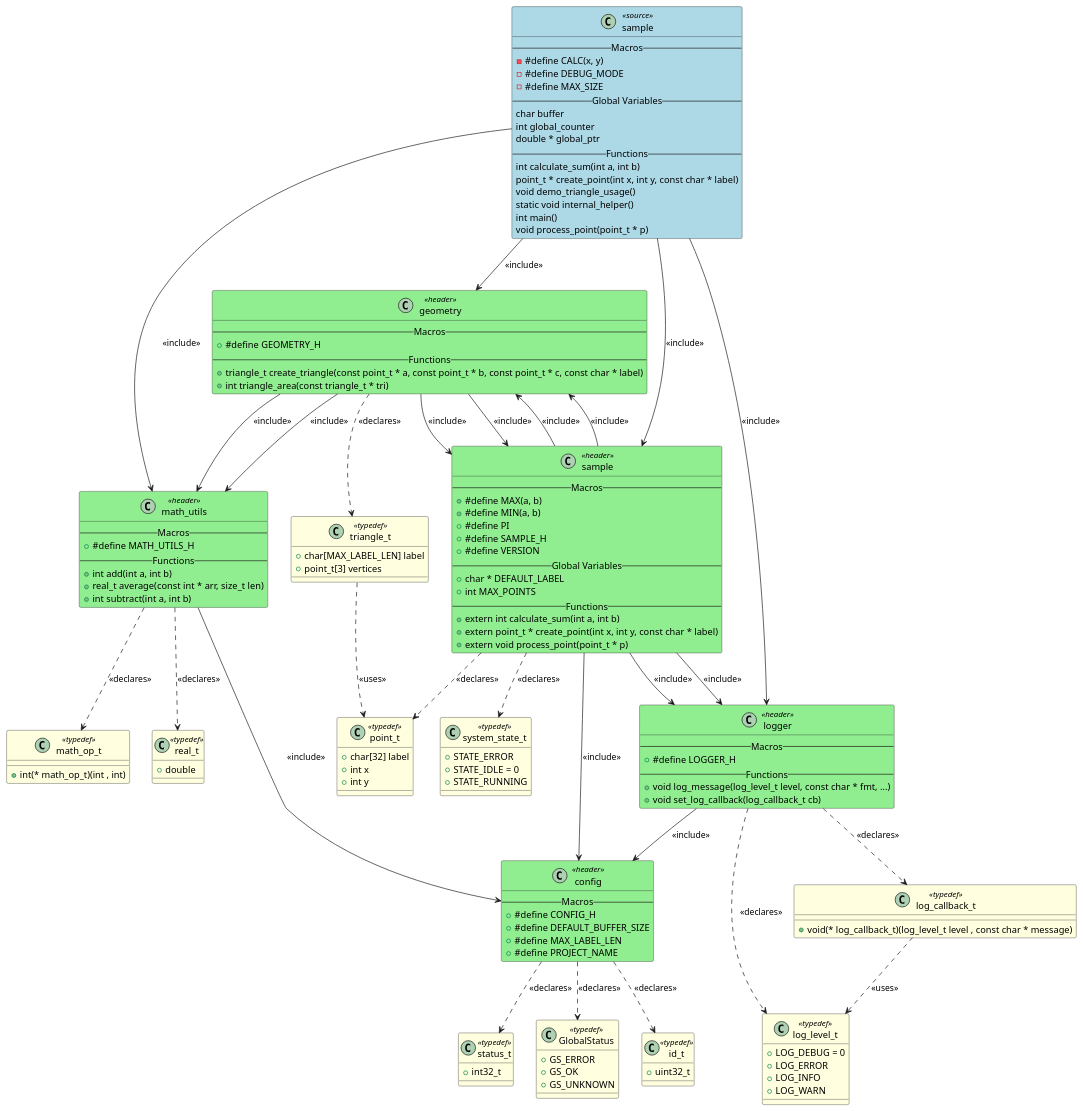
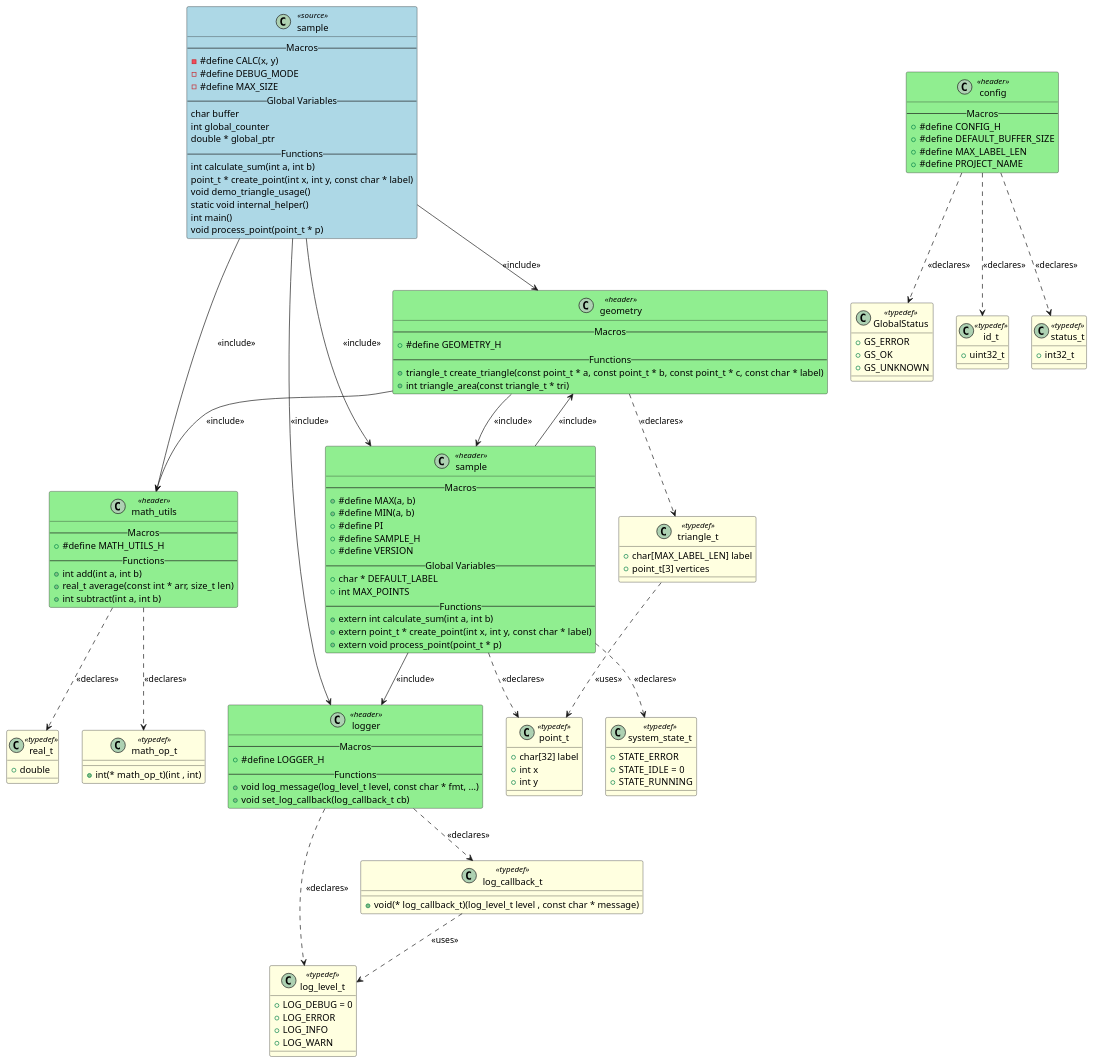
The diagram in output/sample.puml (fischerjooo/c2puml), drawn with PlantUML before and after one commit. The commit also changed 16 other files, not shown here.

First line of the commit message:
Fix duplicate include relationships in PlantUML generation

```diff
--- a/output/sample.puml
+++ b/output/sample.puml
@@ -1,170 +1,163 @@
 @startuml sample
 
 class "sample" as SAMPLE <<source>> #LightBlue
 {
     -- Macros --
     - #define CALC(x, y)
     - #define DEBUG_MODE
     - #define MAX_SIZE
     -- Global Variables --
     char buffer
     int global_counter
     double * global_ptr
     -- Functions --
     int calculate_sum(int a, int b)
     point_t * create_point(int x, int y, const char * label)
     void demo_triangle_usage()
     static void internal_helper()
     int main()
     void process_point(point_t * p)
 }
 
 class "config" as HEADER_CONFIG <<header>> #LightGreen
 {
     -- Macros --
     + #define CONFIG_H
     + #define DEFAULT_BUFFER_SIZE
     + #define MAX_LABEL_LEN
     + #define PROJECT_NAME
 }
 
 class "geometry" as HEADER_GEOMETRY <<header>> #LightGreen
 {
     -- Macros --
     + #define GEOMETRY_H
     -- Functions --
     + triangle_t create_triangle(const point_t * a, const point_t * b, const point_t * c, const char * label)
     + int triangle_area(const triangle_t * tri)
 }
 
 class "logger" as HEADER_LOGGER <<header>> #LightGreen
 {
     -- Macros --
     + #define LOGGER_H
     -- Functions --
     + void log_message(log_level_t level, const char * fmt, ...)
     + void set_log_callback(log_callback_t cb)
 }
 
 class "math_utils" as HEADER_MATH_UTILS <<header>> #LightGreen
 {
     -- Macros --
     + #define MATH_UTILS_H
     -- Functions --
     + int add(int a, int b)
     + real_t average(const int * arr, size_t len)
     + int subtract(int a, int b)
 }
 
 class "sample" as HEADER_SAMPLE <<header>> #LightGreen
 {
     -- Macros --
     + #define MAX(a, b)
     + #define MIN(a, b)
     + #define PI
     + #define SAMPLE_H
     + #define VERSION
     -- Global Variables --
     + char * DEFAULT_LABEL
     + int MAX_POINTS
     -- Functions --
     + extern int calculate_sum(int a, int b)
     + extern point_t * create_point(int x, int y, const char * label)
     + extern void process_point(point_t * p)
 }
 
 class "GlobalStatus" as TYPEDEF_GLOBALSTATUS <<typedef>> #LightYellow
 {
     + GS_ERROR
     + GS_OK
     + GS_UNKNOWN
 }
 
 class "id_t" as TYPEDEF_ID_T <<typedef>> #LightYellow
 {
     + uint32_t
 }
 
 class "status_t" as TYPEDEF_STATUS_T <<typedef>> #LightYellow
 {
     + int32_t
 }
 
 class "triangle_t" as TYPEDEF_TRIANGLE_T <<typedef>> #LightYellow
 {
     + char[MAX_LABEL_LEN] label
     + point_t[3] vertices
 }
 
 class "log_level_t" as TYPEDEF_LOG_LEVEL_T <<typedef>> #LightYellow
 {
     + LOG_DEBUG = 0
     + LOG_ERROR
     + LOG_INFO
     + LOG_WARN
 }
 
 class "log_callback_t" as TYPEDEF_LOG_CALLBACK_T <<typedef>> #LightYellow
 {
     + void(* log_callback_t)(log_level_t level , const char * message)
 }
 
 class "math_op_t" as TYPEDEF_MATH_OP_T <<typedef>> #LightYellow
 {
     + int(* math_op_t)(int , int)
 }
 
 class "real_t" as TYPEDEF_REAL_T <<typedef>> #LightYellow
 {
     + double
 }
 
 class "point_t" as TYPEDEF_POINT_T <<typedef>> #LightYellow
 {
     + char[32] label
     + int x
     + int y
 }
 
 class "system_state_t" as TYPEDEF_SYSTEM_STATE_T <<typedef>> #LightYellow
 {
     + STATE_ERROR
     + STATE_IDLE = 0
     + STATE_RUNNING
 }
 
 
 ' Include relationships
 HEADER_GEOMETRY --> HEADER_MATH_UTILS : <<include>>
 HEADER_GEOMETRY --> HEADER_SAMPLE : <<include>>
-HEADER_LOGGER --> HEADER_CONFIG : <<include>>
-HEADER_MATH_UTILS --> HEADER_CONFIG : <<include>>
-HEADER_GEOMETRY --> HEADER_MATH_UTILS : <<include>>
-HEADER_GEOMETRY --> HEADER_SAMPLE : <<include>>
 SAMPLE --> HEADER_GEOMETRY : <<include>>
 SAMPLE --> HEADER_LOGGER : <<include>>
 SAMPLE --> HEADER_MATH_UTILS : <<include>>
 SAMPLE --> HEADER_SAMPLE : <<include>>
-HEADER_SAMPLE --> HEADER_GEOMETRY : <<include>>
-HEADER_SAMPLE --> HEADER_LOGGER : <<include>>
-HEADER_SAMPLE --> HEADER_CONFIG : <<include>>
 HEADER_SAMPLE --> HEADER_GEOMETRY : <<include>>
 HEADER_SAMPLE --> HEADER_LOGGER : <<include>>
 
 ' Declaration relationships
 HEADER_CONFIG ..> TYPEDEF_GLOBALSTATUS : <<declares>>
 HEADER_CONFIG ..> TYPEDEF_ID_T : <<declares>>
 HEADER_CONFIG ..> TYPEDEF_STATUS_T : <<declares>>
 HEADER_GEOMETRY ..> TYPEDEF_TRIANGLE_T : <<declares>>
 HEADER_LOGGER ..> TYPEDEF_LOG_LEVEL_T : <<declares>>
 HEADER_LOGGER ..> TYPEDEF_LOG_CALLBACK_T : <<declares>>
 HEADER_MATH_UTILS ..> TYPEDEF_MATH_OP_T : <<declares>>
 HEADER_MATH_UTILS ..> TYPEDEF_REAL_T : <<declares>>
 HEADER_SAMPLE ..> TYPEDEF_POINT_T : <<declares>>
 HEADER_SAMPLE ..> TYPEDEF_SYSTEM_STATE_T : <<declares>>
 
 ' Uses relationships
 TYPEDEF_TRIANGLE_T ..> TYPEDEF_POINT_T : <<uses>>
 TYPEDEF_LOG_CALLBACK_T ..> TYPEDEF_LOG_LEVEL_T : <<uses>>
 
 @enduml
```
